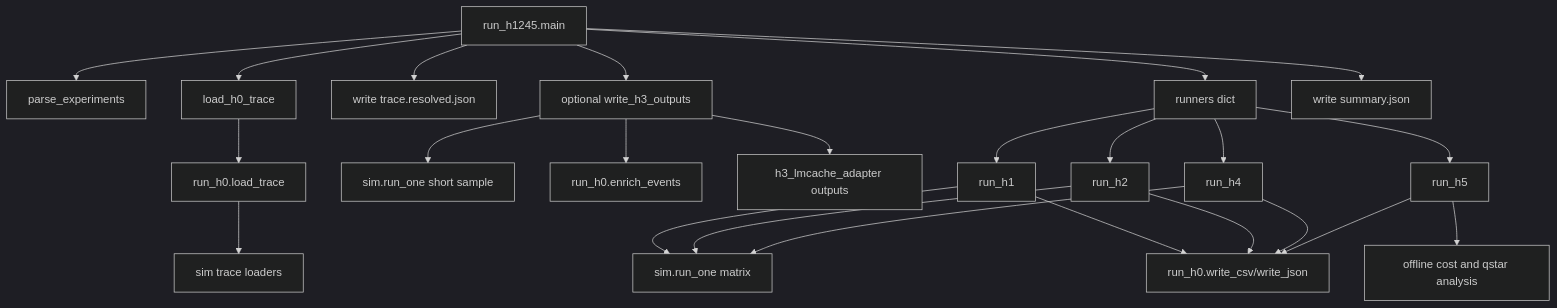
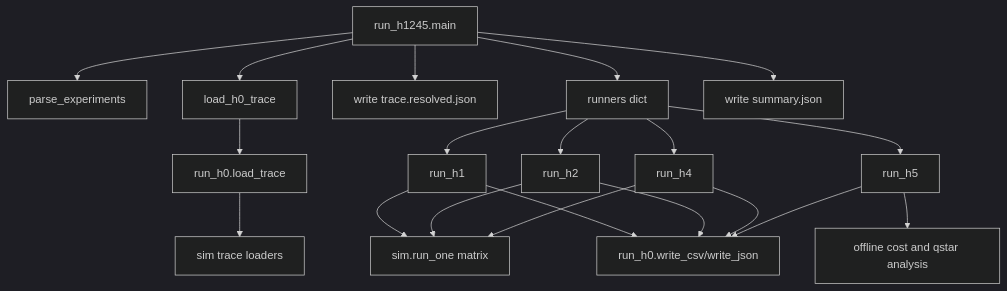
The second of 2 diagrams in h0/README.md (misakawu/EdgeKVTiers), drawn with Mermaid (dark theme) before and after one commit. The commit also changed other lines of this file and 41 other files, not shown here.

````diff
--- a/h0/README.md
+++ b/h0/README.md
@@ -725,26 +708,22 @@
 ```mermaid
 flowchart TD
     A[run_h1245.main] --> B[parse_experiments]
     A --> C[load_h0_trace]
     C --> C1[run_h0.load_trace]
     C1 --> C2[sim trace loaders]
     A --> D[write trace.resolved.json]
-    A --> E[optional write_h3_outputs]
-    E --> E1[sim.run_one short sample]
-    E --> E2[run_h0.enrich_events]
-    E --> E3[h3_lmcache_adapter outputs]
     A --> F[runners dict]
     F --> G[run_h1]
     F --> H[run_h2]
     F --> I[run_h4]
     F --> J[run_h5]
     G --> K[sim.run_one matrix]
     H --> K
     I --> K
     J --> L[offline cost and qstar analysis]
     G --> M[run_h0.write_csv/write_json]
     H --> M
     I --> M
     J --> M
     A --> N[write summary.json]
 ```
````
